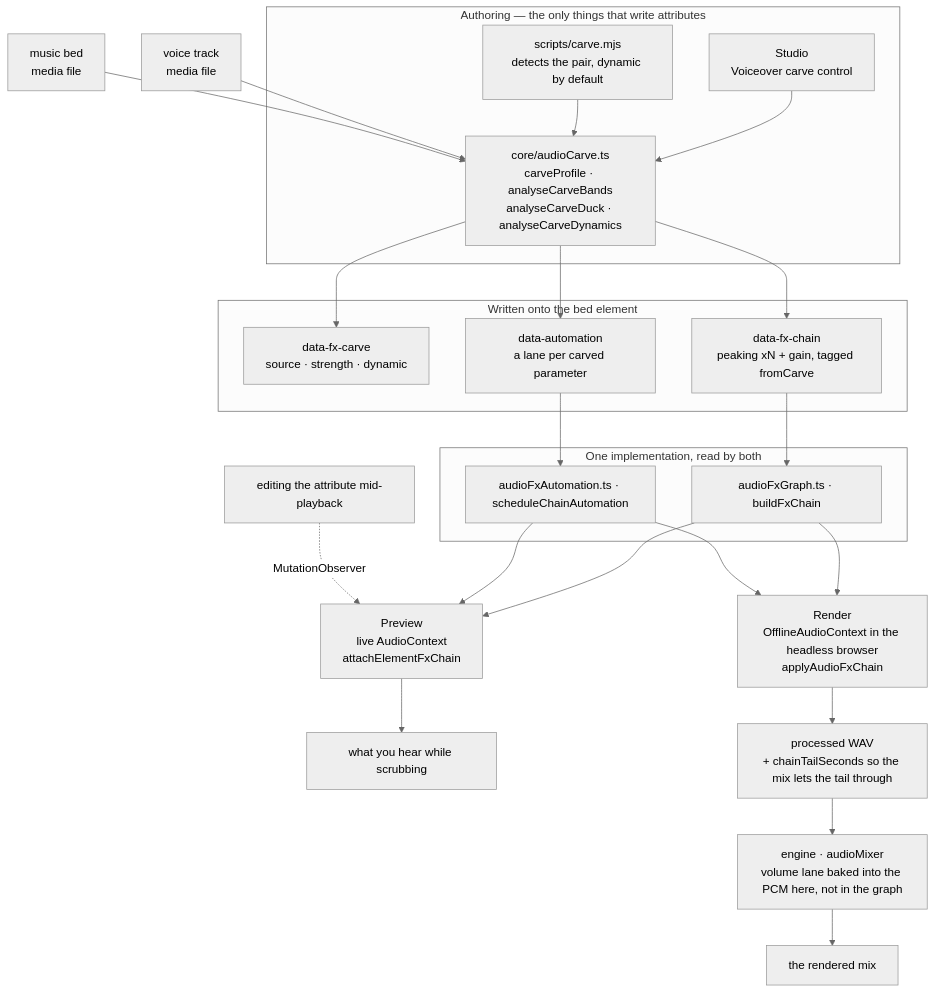
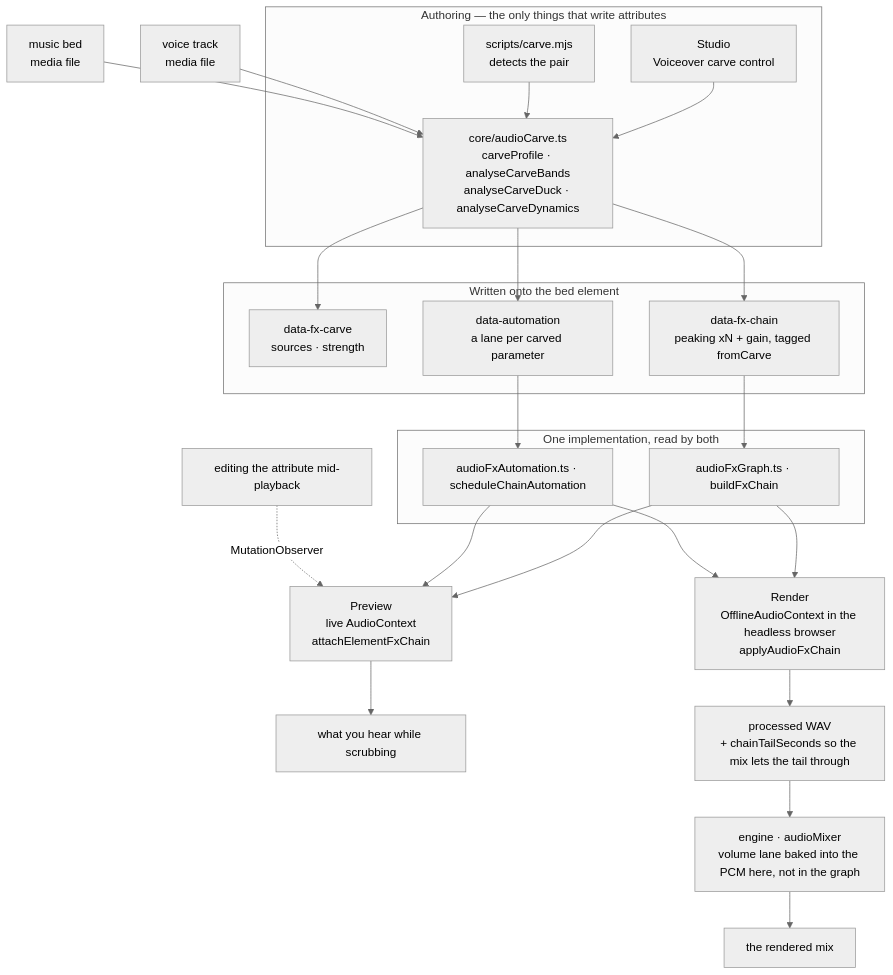
The first of 2 diagrams in plugins/escala-diseno-video/skills/hyperframes-audio/SKILL.md (raimondifernando-web/claude-catalogo), drawn with Mermaid (neutral theme) before and after one commit. The commit also changed other lines of this file and 82 other files, not shown here.

````diff
--- a/plugins/escala-diseno-video/skills/hyperframes-audio/SKILL.md
+++ b/plugins/escala-diseno-video/skills/hyperframes-audio/SKILL.md
@@ -70,46 +70,46 @@
 ```mermaid
 flowchart TB
   voice["voice track<br/>media file"]
   bed["music bed<br/>media file"]
 
   subgraph AUTHOR["Authoring — the only things that write attributes"]
     panel["Studio<br/>Voiceover carve control"]
-    script["scripts/carve.mjs<br/>detects the pair, dynamic by default"]
+    script["scripts/carve.mjs<br/>detects the pair"]
     analysis["core/audioCarve.ts<br/>carveProfile · analyseCarveBands<br/>analyseCarveDuck · analyseCarveDynamics"]
     panel --> analysis
     script --> analysis
   end
 
   voice --> analysis
   bed --> analysis
 
   subgraph ATTRS["Written onto the bed element"]
-    carveAttr["data-fx-carve<br/>source · strength · dynamic"]
+    carveAttr["data-fx-carve<br/>sources · strength"]
     chainAttr["data-fx-chain<br/>peaking xN + gain, tagged fromCarve"]
     autoAttr["data-automation<br/>a lane per carved parameter"]
   end
 
   analysis --> carveAttr
   analysis --> chainAttr
   analysis --> autoAttr
 
   subgraph SHARED["One implementation, read by both"]
     build["audioFxGraph.ts · buildFxChain"]
     sched["audioFxAutomation.ts · scheduleChainAutomation"]
   end
 
   chainAttr --> build
   autoAttr --> sched
 
   build --> preview["Preview<br/>live AudioContext<br/>attachElementFxChain"]
   sched --> preview
   build --> render["Render<br/>OfflineAudioContext in the headless browser<br/>applyAudioFxChain"]
   sched --> render
 
   preview --> heard["what you hear while scrubbing"]
   render --> wav["processed WAV<br/>+ chainTailSeconds so the mix lets the tail through"]
   wav --> mix["engine · audioMixer<br/>volume lane baked into the PCM here, not in the graph"]
   mix --> out["the rendered mix"]
 
   edit["editing the attribute mid-playback"] -.->|MutationObserver| preview
 ```
````
